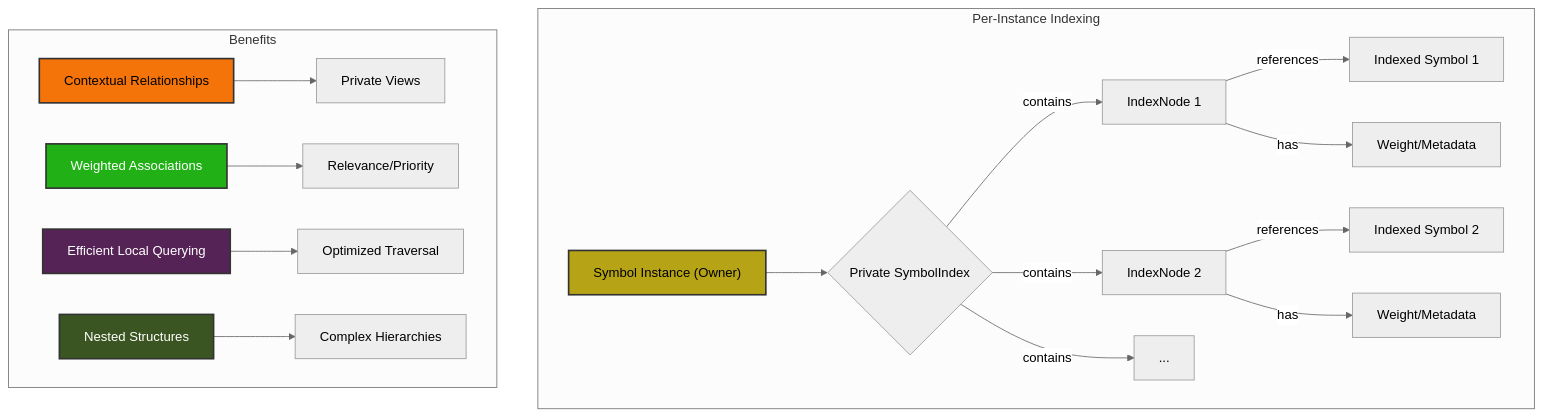
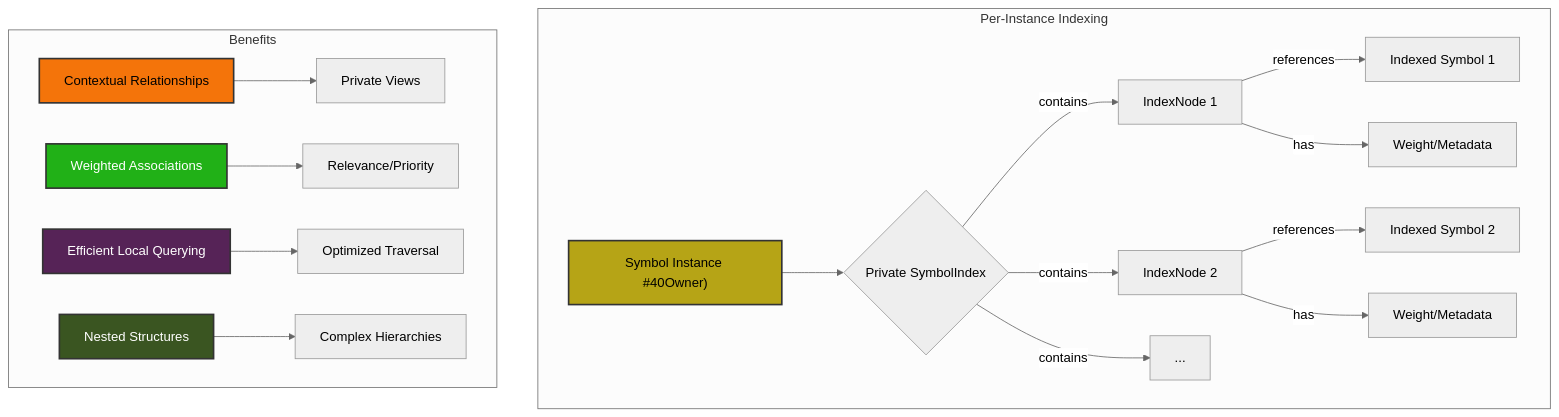
One commit to ikko/sym changed the diagram in docs/readme_details/4_per_instance_indexing/per_instance_indexing.mmd. Above: the diagram before and after it, drawn with Mermaid (neutral theme). The commit also changed 38 other files, not shown here.

Commit message:
mermaids maybe fixed

```diff
--- a/docs/readme_details/4_per_instance_indexing/per_instance_indexing.mmd
+++ b/docs/readme_details/4_per_instance_indexing/per_instance_indexing.mmd
@@ -1,27 +1,27 @@
 graph TD
     subgraph "Per-Instance Indexing"
-        A[Symbol Instance #40;Owner#41;] --> B{Private SymbolIndex};
+        A[Symbol Instance #40Owner#41;] --> B{Private SymbolIndex};
         B -- "contains" --> C[IndexNode 1];
         B -- "contains" --> D[IndexNode 2];
         B -- "contains" --> E[...];
 
         C -- "references" --> F[Indexed Symbol 1];
         D -- "references" --> G[Indexed Symbol 2];
 
         C -- "has" --> C_W[Weight/Metadata];
         D -- "has" --> D_W[Weight/Metadata];
     end
 
     subgraph "Benefits"
         H[Contextual Relationships] --> I[Private Views];
         J[Weighted Associations] --> K[Relevance/Priority];
         L[Efficient Local Querying] --> M[Optimized Traversal];
         N[Nested Structures] --> O[Complex Hierarchies];
     end
     style N fill:#3a5521,stroke:#333,stroke-width:2px,color:#FFFFFF;
 
     style A fill:#b6a416,stroke:#333,stroke-width:2px,color:#000000;
     style H fill:#f4740a,stroke:#333,stroke-width:2px,color:#000000;
     style J fill:#21b117,stroke:#333,stroke-width:2px,color:#FFFFFF;
     style L fill:#562357,stroke:#333,stroke-width:2px,color:#FFFFFF;
     style N fill:#3a5521,stroke:#333,stroke-width:2px,color:#FFFFFF;
```
